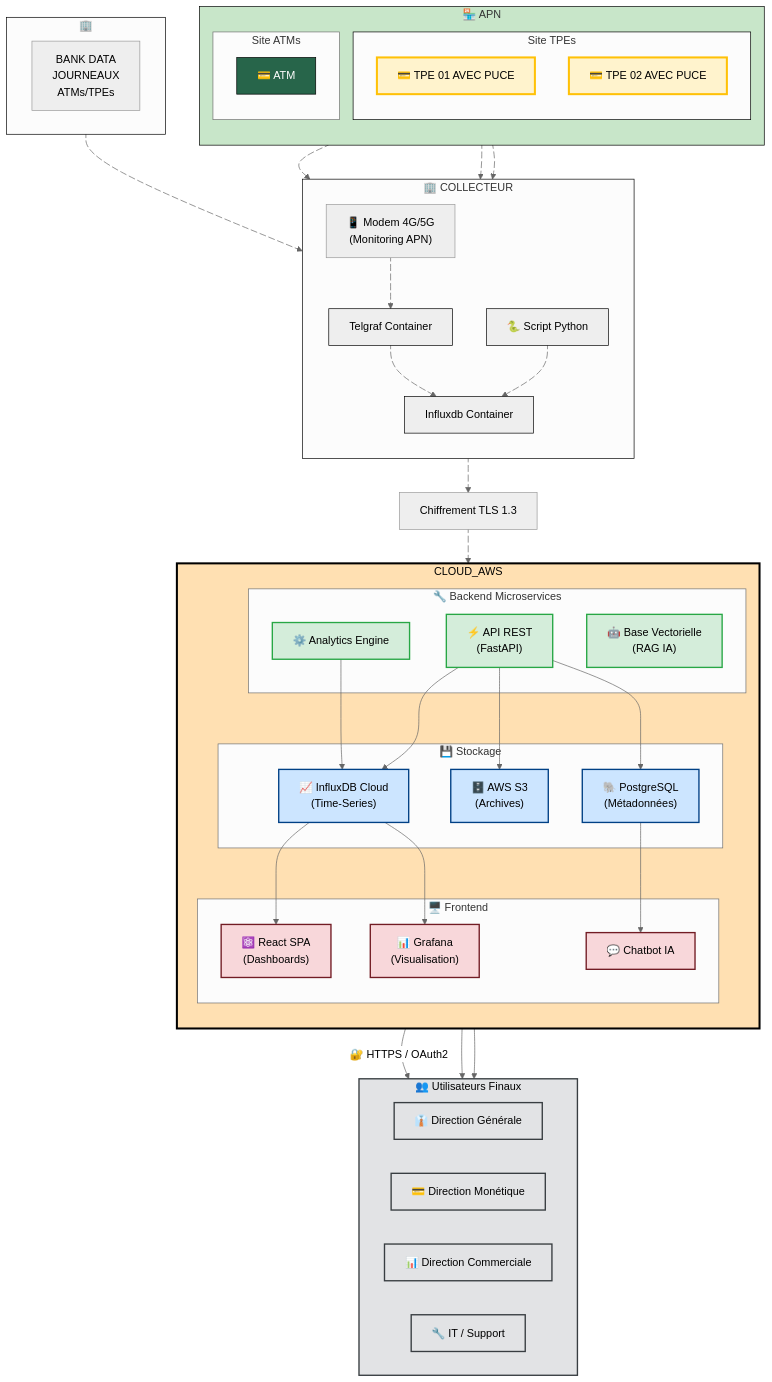
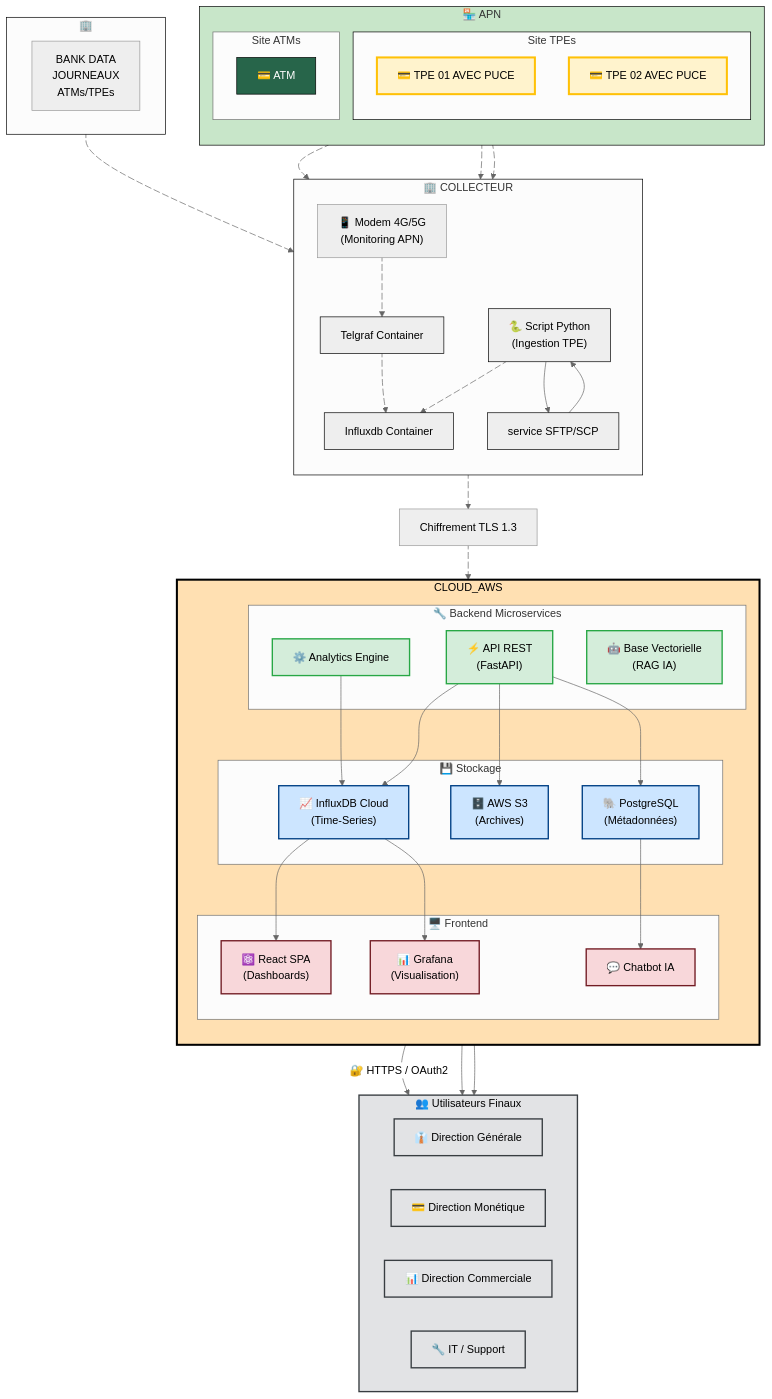
One commit to ykossi/dns_filter_list01 changed the diagram in arch_pulse_01.md. Above: the diagram before and after it, drawn with Mermaid (neutral theme).

Commit message:
Update script label and add SFTP service

````diff
--- a/arch_pulse_01.md
+++ b/arch_pulse_01.md
@@ -2,10 +2,11 @@
 graph TB
  subgraph DC["🏢 COLLECTEUR"]
     direction TB
-        SCRIPT["🐍 Script Python<br>"]
+        SCRIPT["🐍 Script Python<br>(Ingestion TPE)"]
         MODEM["📱 Modem 4G/5G<br>(Monitoring APN)"]
         n7["Influxdb Container"]
         n8["Telgraf Container"]
+        n9["service SFTP/SCP"]
   end
  subgraph BACKEND["🔧 Backend Microservices"]
         API["⚡ API REST<br>(FastAPI)"]
@@ -56,17 +57,19 @@
     REACT -- 🔐 HTTPS / OAuth2 --> USERS
     GRAFANA --> USERS
     CHATBOT --> USERS
-    s1 L_s1_SCRIPT_0@--> SCRIPT
     INFLUX["Chiffrement TLS 1.3"] L_INFLUX_INFLUX_CLOUD_0@--> INFLUX_CLOUD
     MODEM L_MODEM_n8_0@--> n8
     n8 L_n8_n7_0@--> n7
-    SCRIPT L_SCRIPT_n7_0@--> n7
+    SCRIPT L_SCRIPT_n7_0@--> n7 & n9
     n7 L_n7_INFLUX_0@--> INFLUX
     TPE2A L_TPE2A_MODEM_0@--> MODEM
     TPE1A L_TPE1A_MODEM_0@--> MODEM
     n6 L_n6_MODEM_0@--> MODEM
+    s1 L_s1_n9_0@--> n9
+    n9 --> SCRIPT
     n7@{ shape: rect}
     n8@{ shape: rect}
+    n9@{ shape: rect}
     n6@{ shape: rect}
     n5@{ shape: rect}
      API:::backendStyle
@@ -98,13 +101,13 @@
     style SCRIPT stroke:#000000
     style n7 stroke:#000000
     style n8 stroke:#000000
+    style n9 stroke:#000000
     style TPE2A stroke:#000000
     style SITE1 stroke:#000000
     style s1 stroke:#000000
     style CLOUD_AWS fill:#FFE0B2,stroke:#000000
     style SITES fill:#C8E6C9,stroke:#000000
     style DC stroke:#000000
-    L_s1_SCRIPT_0@{ animation: slow } 
     L_INFLUX_INFLUX_CLOUD_0@{ animation: slow } 
     L_MODEM_n8_0@{ animation: slow } 
     L_n8_n7_0@{ animation: slow } 
@@ -112,6 +115,6 @@
     L_n7_INFLUX_0@{ animation: slow } 
     L_TPE2A_MODEM_0@{ animation: slow } 
     L_TPE1A_MODEM_0@{ animation: slow } 
-    L_n6_MODEM_0@{ animation: slow }
-
+    L_n6_MODEM_0@{ animation: slow } 
+    L_s1_n9_0@{ animation: slow }
 ```
````
